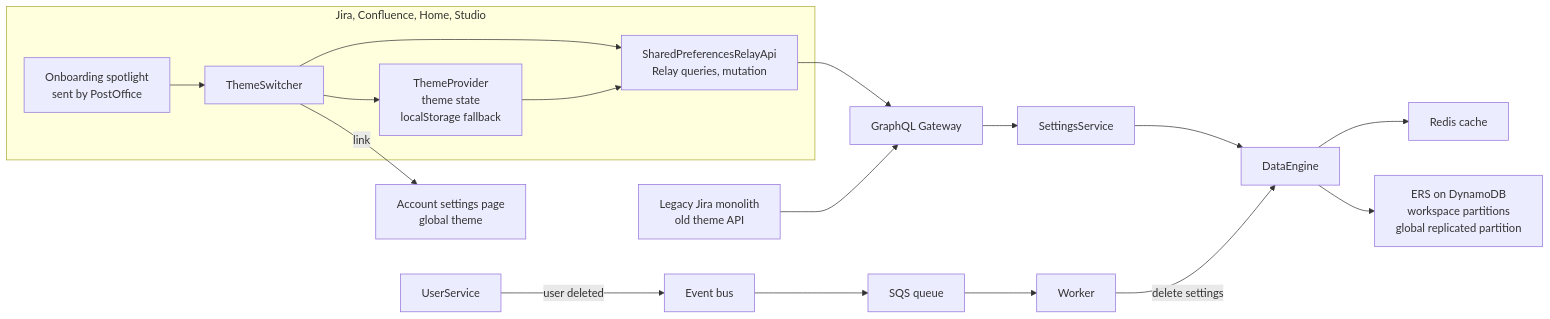
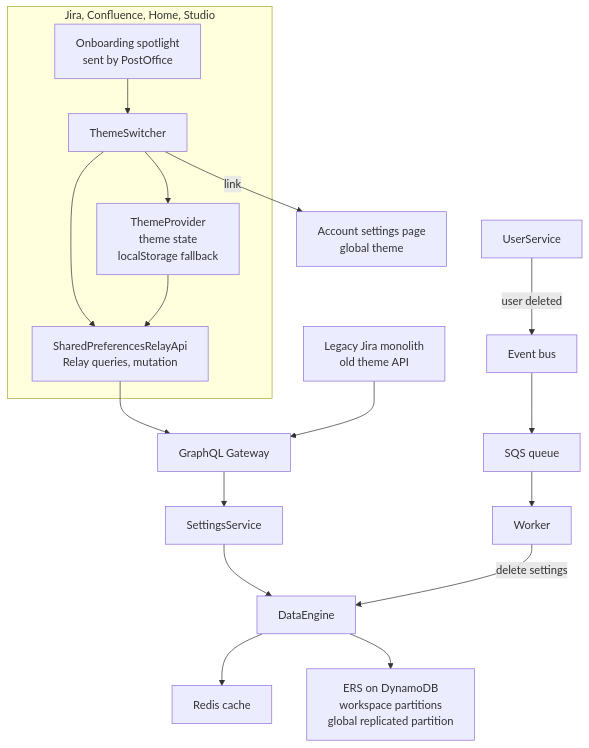
The second of 3 diagrams in ui-settings-platform/README.md (oleg-chibikov/project-architecture), drawn with Mermaid before and after one commit.

Commit message:
Draw the UI settings parts diagram top to bottom

````diff
--- a/ui-settings-platform/README.md
+++ b/ui-settings-platform/README.md
@@ -70,17 +70,17 @@
 ```mermaid
-flowchart LR
+flowchart TB
   subgraph Apps["Jira, Confluence, Home, Studio"]
     Spot["Onboarding spotlight<br/>sent by PostOffice"] --> Switcher["ThemeSwitcher"]
     Switcher --> Provider["ThemeProvider<br/>theme state<br/>localStorage fallback"]
     Switcher --> Api["SharedPreferencesRelayApi<br/>Relay queries, mutation"]
     Provider --> Api
   end
   Switcher -->|link| Account["Account settings page<br/>global theme"]
   Api --> Gateway["GraphQL Gateway"]
   Monolith["Legacy Jira monolith<br/>old theme API"] --> Gateway
   Gateway --> Settings["SettingsService"]
   Settings --> Engine["DataEngine"]
   Engine --> Cache["Redis cache"]
   Engine --> ERS["ERS on DynamoDB<br/>workspace partitions<br/>global replicated partition"]
   Users["UserService"] -->|user deleted| Bus["Event bus"] --> SQS["SQS queue"] --> Worker["Worker"] -->|delete settings| Engine
 ```
````
